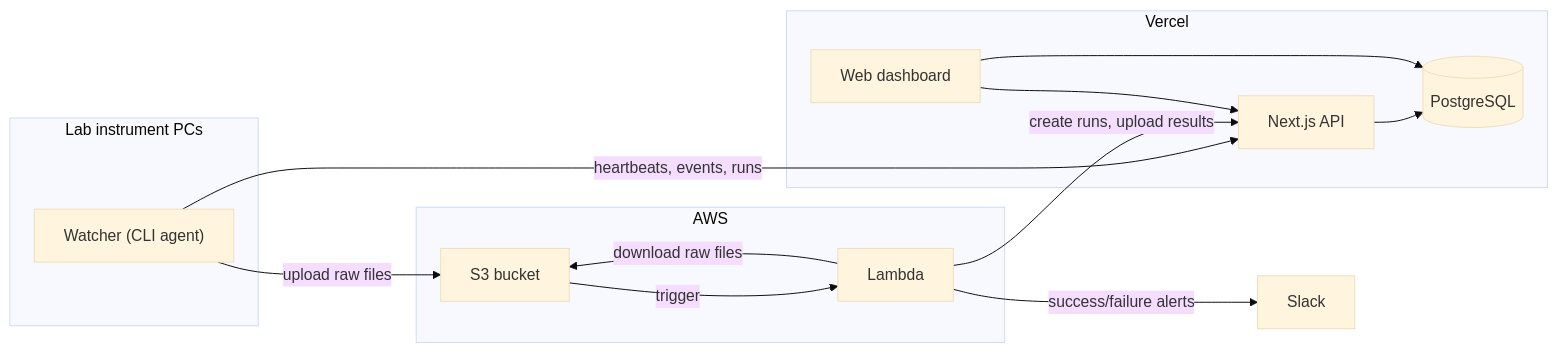
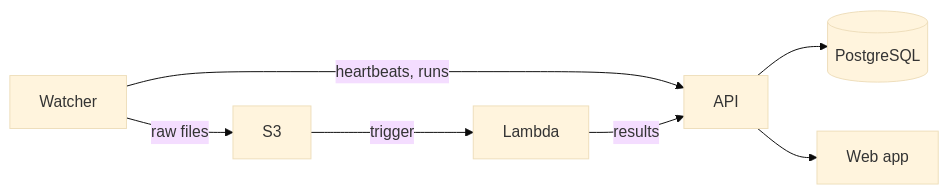
The diagram in docs/architecture.md (Arcadia-Science/data-hub), drawn with Mermaid (base theme) before and after one commit. The commit also changed other lines of this file and 2 other files, not shown here.

Commit message:
refactor: Remove references to report generation

````diff
--- a/docs/architecture.md
+++ b/docs/architecture.md
@@ -7,29 +7,9 @@
 ```mermaid
 flowchart LR
-    subgraph Lab["Lab instrument PCs"]
-        W["Watcher (CLI agent)"]
-    end
-
-    subgraph AWS
-        S3["S3 bucket"]
-        L["Lambda"]
-    end
-
-    subgraph Vercel
-        API["Next.js API"]
-        UI["Web dashboard"]
-        DB[(PostgreSQL)]
-    end
-
-    Slack["Slack"]
-
-    W -- "upload raw files" --> S3
-    W -- "heartbeats, events, runs" --> API
-    S3 -- "trigger" --> L
-    L -- "download raw files" --> S3
-    L -- "create runs, upload results" --> API
-    L -- "success/failure alerts" --> Slack
-    API --> DB
-    UI --> API
-    UI --> DB
+    W[Watcher] -->|raw files| S3[S3]
+    S3 -->|trigger| L[Lambda]
+    W -->|heartbeats, runs| API[API]
+    L -->|results| API
+    API --> DB[(PostgreSQL)]
+    API --> UI[Web app]
 ```
````
